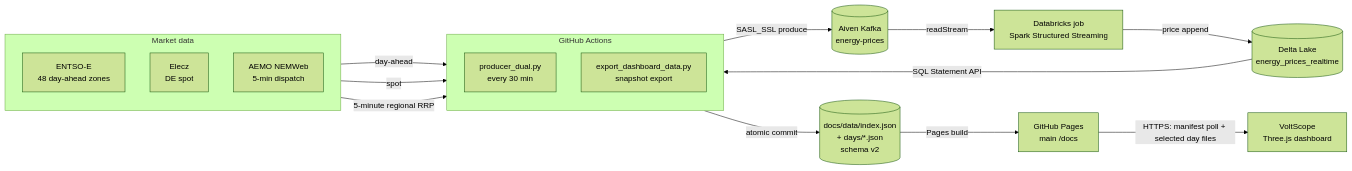
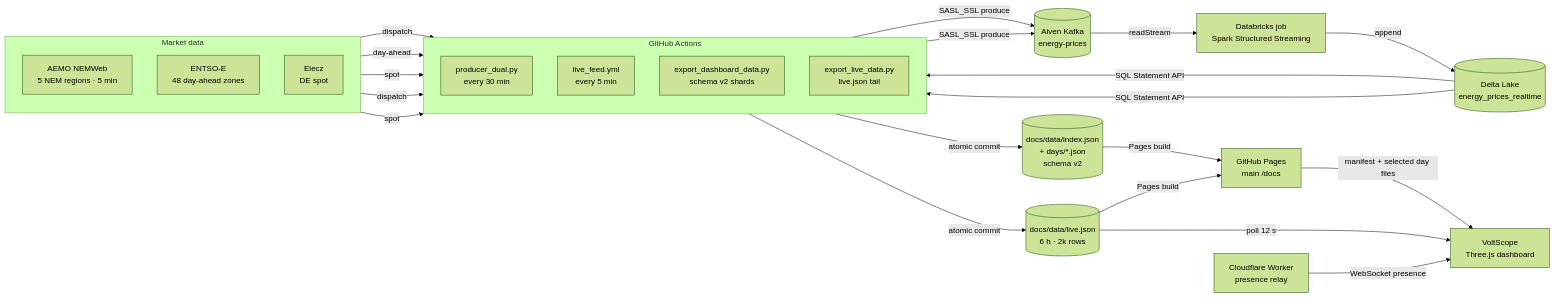
The first of 4 diagrams in README.md (mdsarfarazalam840/Energy-realtime), drawn with Mermaid (forest theme) before and after one commit. The commit also changed other lines of this file and 11 other files, not shown here.

````diff
--- a/README.md
+++ b/README.md
@@ -137,33 +138,45 @@
 ```mermaid
 flowchart LR
   subgraph Sources["Market data"]
     direction TB
+    A["AEMO NEMWeb<br/>5 NEM regions · 5 min"]
     E["ENTSO-E<br/>48 day-ahead zones"]
     Z["Elecz<br/>DE spot"]
-    A["AEMO NEMWeb<br/>5-min dispatch"]
   end
 
   subgraph CICD["GitHub Actions"]
     direction TB
     P["producer_dual.py<br/>every 30 min"]
-    X["export_dashboard_data.py<br/>snapshot export"]
+    L["live_feed.yml<br/>every 5 min"]
+    X["export_dashboard_data.py<br/>schema v2 shards"]
+    Y["export_live_data.py<br/>live.json tail"]
   end
 
   K[("Aiven Kafka<br/>energy-prices")]
   D["Databricks job<br/>Spark Structured Streaming"]
   T[("Delta Lake<br/>energy_prices_realtime")]
   S[("docs/data/index.json<br/>+ days/*.json<br/>schema v2")]
+  V[("docs/data/live.json<br/>6 h · 2k rows")]
+  R["Cloudflare Worker<br/>presence relay"]
   PAGES["GitHub Pages<br/>main /docs"]
   UI["VoltScope<br/>Three.js dashboard"]
 
+  A -->|"dispatch"| P
   E -->|"day-ahead"| P
   Z -->|"spot"| P
-  A -->|"5-minute regional RRP"| P
+  A -->|"dispatch"| L
+  Z -->|"spot"| L
   P -->|"SASL_SSL produce"| K
+  L -->|"SASL_SSL produce"| K
   K -->|"readStream"| D
-  D -->|"price append"| T
+  D -->|"append"| T
   T -->|"SQL Statement API"| X
+  T -->|"SQL Statement API"| Y
   X -->|"atomic commit"| S
+  Y -->|"atomic commit"| V
   S -->|"Pages build"| PAGES
-  PAGES -->|"HTTPS: manifest poll + selected day files"| UI
+  V -->|"Pages build"| PAGES
+  PAGES -->|"manifest + selected day files"| UI
+  V -->|"poll 12 s"| UI
+  R -->|"WebSocket presence"| UI
 ```
````
